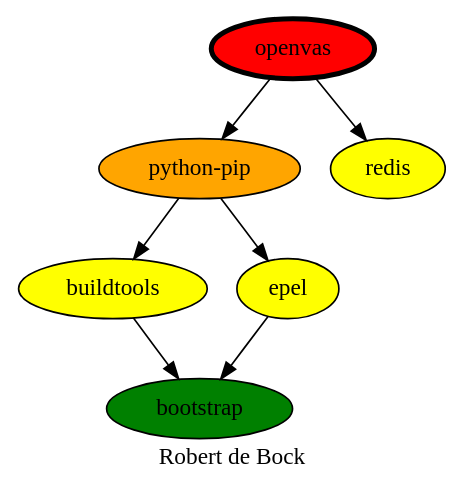
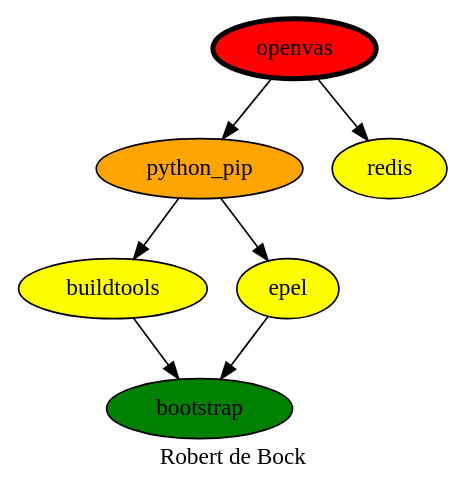
One commit to robertdebock/drawings changed the diagram in openvas.dot. Above: the diagram before and after it, drawn with Graphviz. The commit also changed 14 other files, not shown here.

```diff
--- a/openvas.dot
+++ b/openvas.dot
@@ -1,15 +1,15 @@
 digraph PhiloDilemma {
   label = "Robert de Bock" ;
   overlap=false
   {
     bootstrap [fillcolor=green style=filled]
     buildtools [fillcolor=yellow style=filled]
     epel [fillcolor=yellow style=filled]
-    "python-pip" [fillcolor=orange style=filled]
+    "python_pip" [fillcolor=orange style=filled]
     redis [fillcolor=yellow style=filled]
     openvas [fillcolor=red style=filled penwidth=3]
   }
   {buildtools epel} -> bootstrap
-  "python-pip" -> {buildtools epel}
-  openvas -> {"python-pip" redis}
+  "python_pip" -> {buildtools epel}
+  openvas -> {"python_pip" redis}
 }
```
